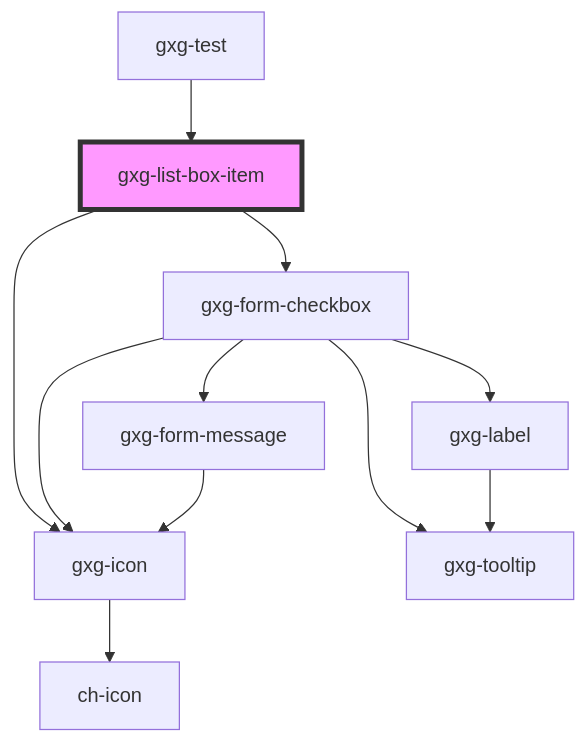
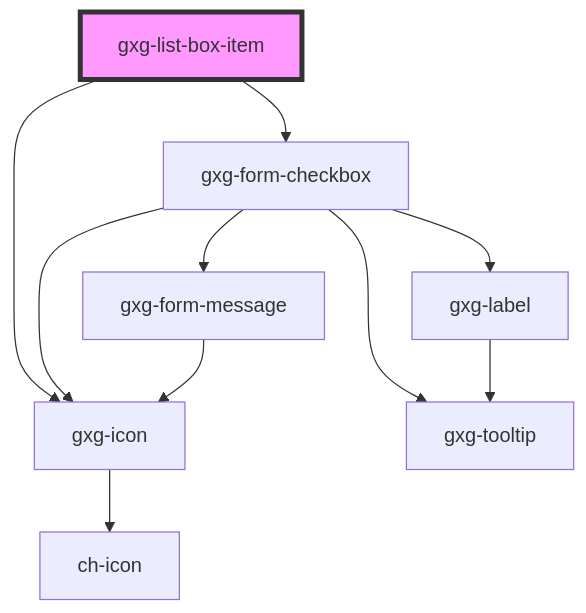
The diagram in src/components/list-box-item/readme.md (genexuslabs/gemini), drawn with Mermaid before and after one commit. The commit also changed other lines of this file and 19 other files, not shown here.

````diff
--- a/src/components/list-box-item/readme.md
+++ b/src/components/list-box-item/readme.md
@@ -43,14 +39,13 @@
 ```mermaid
 graph TD;
   gxg-list-box-item --> gxg-form-checkbox
   gxg-list-box-item --> gxg-icon
   gxg-form-checkbox --> gxg-icon
   gxg-form-checkbox --> gxg-label
   gxg-form-checkbox --> gxg-form-message
   gxg-form-checkbox --> gxg-tooltip
   gxg-icon --> ch-icon
   gxg-label --> gxg-tooltip
   gxg-form-message --> gxg-icon
-  gxg-test --> gxg-list-box-item
   style gxg-list-box-item fill:#f9f,stroke:#333,stroke-width:4px
 ```
````
